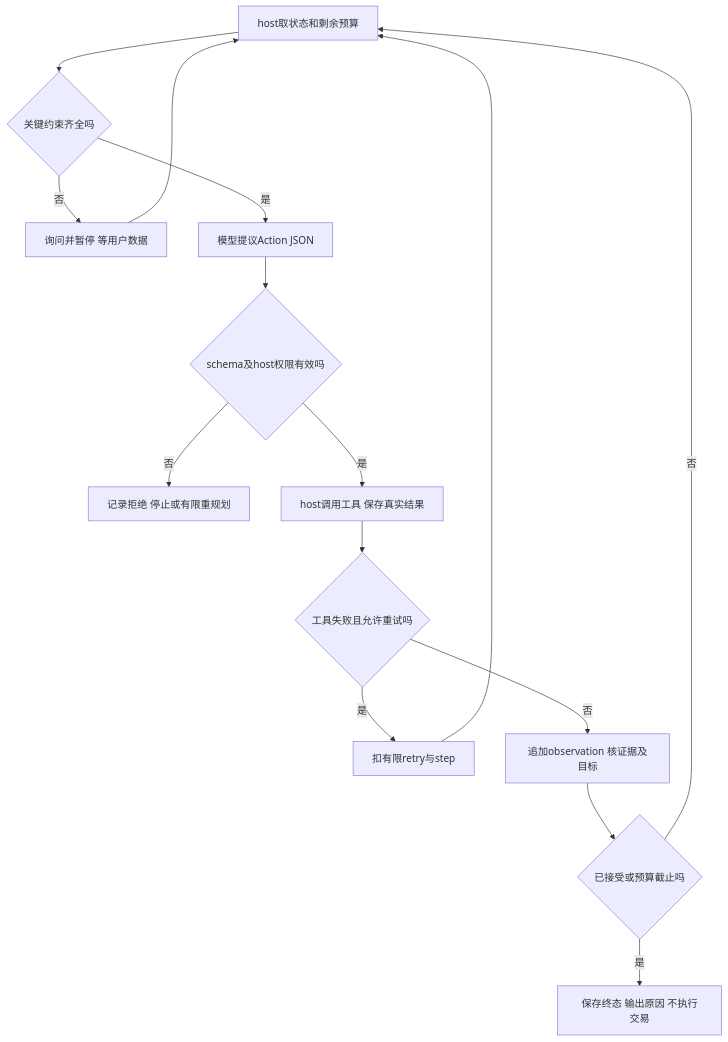
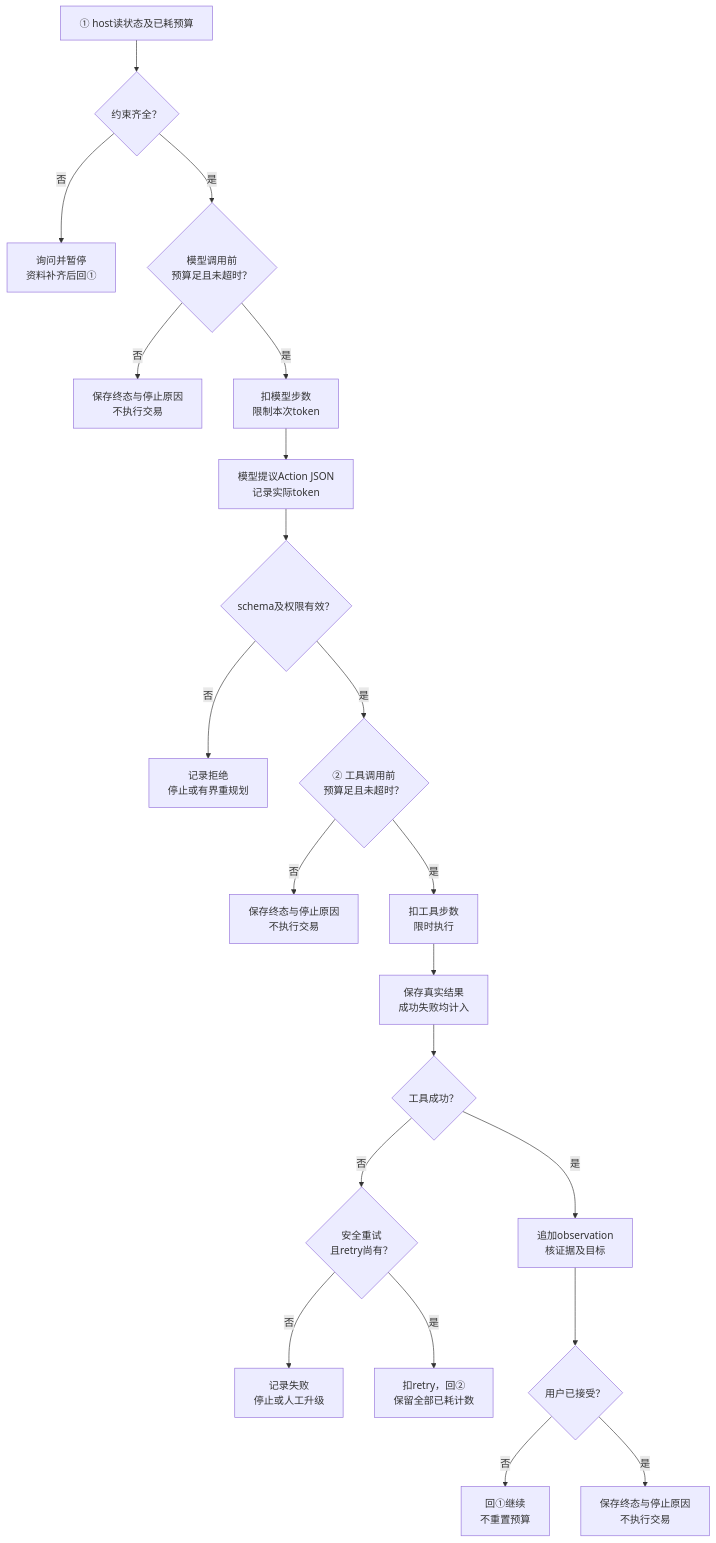
The first of 11 diagrams in IS5542_GenAI_in_Business/notes/M03-AI-agent-从harness到部署.md (CercaTrovato/cityu-ai-course-notes), drawn with Mermaid before and after one commit. The commit also changed other lines of this file and 224 other files, not shown here.

First line of the commit message:
完善五门课图文可读性并更新仓库首页

````diff
--- a/IS5542_GenAI_in_Business/notes/M03-AI-agent-从harness到部署.md
+++ b/IS5542_GenAI_in_Business/notes/M03-AI-agent-从harness到部署.md
@@ -1034,17 +1651,23 @@
 ```mermaid
 flowchart TD
- A[host取状态和剩余预算] --> B{关键约束齐全吗}
- B -->|否| U[询问并暂停 等用户数据]
- U --> A
- B -->|是| C[模型提议Action JSON]
- C --> D{schema及host权限有效吗}
- D -->|否| X[记录拒绝 停止或有限重规划]
- D -->|是| E[host调用工具 保存真实结果]
- E --> F{工具失败且允许重试吗}
- F -->|是| G[扣有限retry与step]
- G --> A
- F -->|否| H[追加observation 核证据及目标]
- H --> I{已接受或预算截止吗}
- I -->|是| Z[保存终态 输出原因 不执行交易]
- I -->|否| A
+ A["① host读状态及已耗预算"] --> B{"约束齐全？"}
+ B -->|否| U["询问并暂停<br/>资料补齐后回①"]
+ B -->|是| MB{"模型调用前<br/>预算足且未超时？"}
+ MB -->|否| Z1["保存终态与停止原因<br/>不执行交易"]
+ MB -->|是| MC["扣模型步数<br/>限制本次token"]
+ MC --> C["模型提议Action JSON<br/>记录实际token"]
+ C --> D{"schema及权限有效？"}
+ D -->|否| X["记录拒绝<br/>停止或有界重规划"]
+ D -->|是| TB{"② 工具调用前<br/>预算足且未超时？"}
+ TB -->|否| Z2["保存终态与停止原因<br/>不执行交易"]
+ TB -->|是| TC["扣工具步数<br/>限时执行"]
+ TC --> E["保存真实结果<br/>成功失败均计入"]
+ E --> F{"工具成功？"}
+ F -->|否| R{"安全重试<br/>且retry尚有？"}
+ R -->|否| Y["记录失败<br/>停止或人工升级"]
+ R -->|是| RC["扣retry，回②<br/>保留全部已耗计数"]
+ F -->|是| H["追加observation<br/>核证据及目标"]
+ H --> I{"用户已接受？"}
+ I -->|否| BACK["回①继续<br/>不重置预算"]
+ I -->|是| Z3["保存终态与停止原因<br/>不执行交易"]
 ```
````
